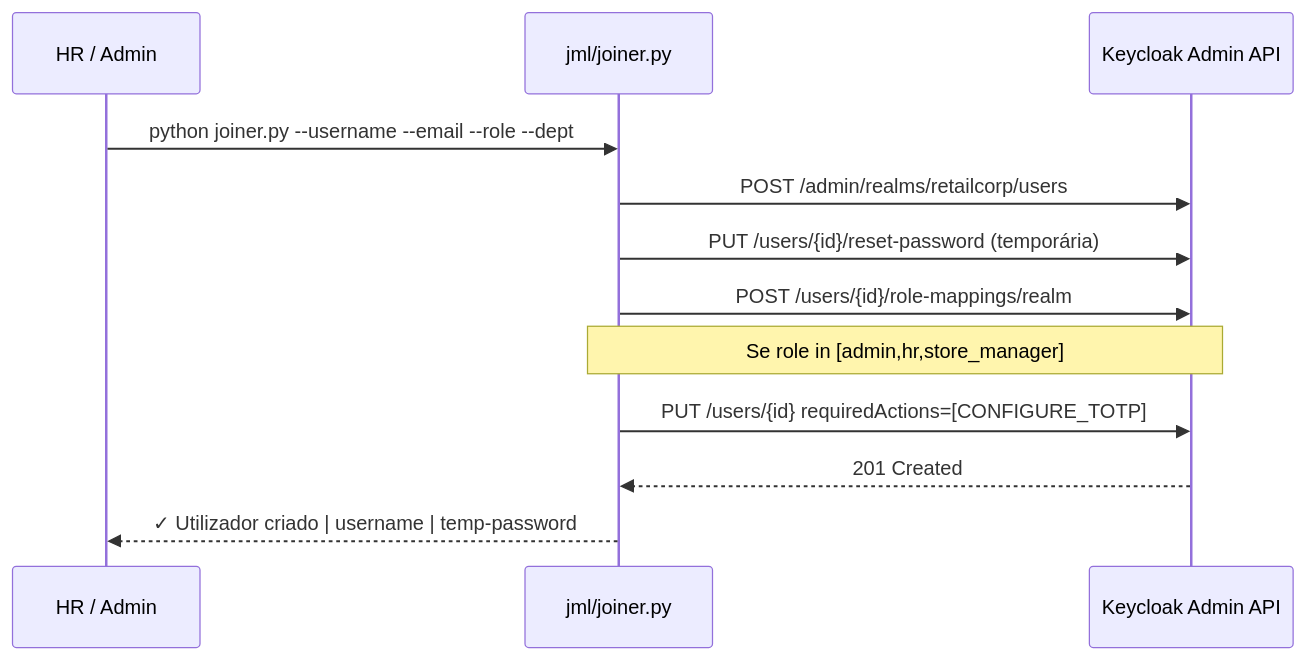
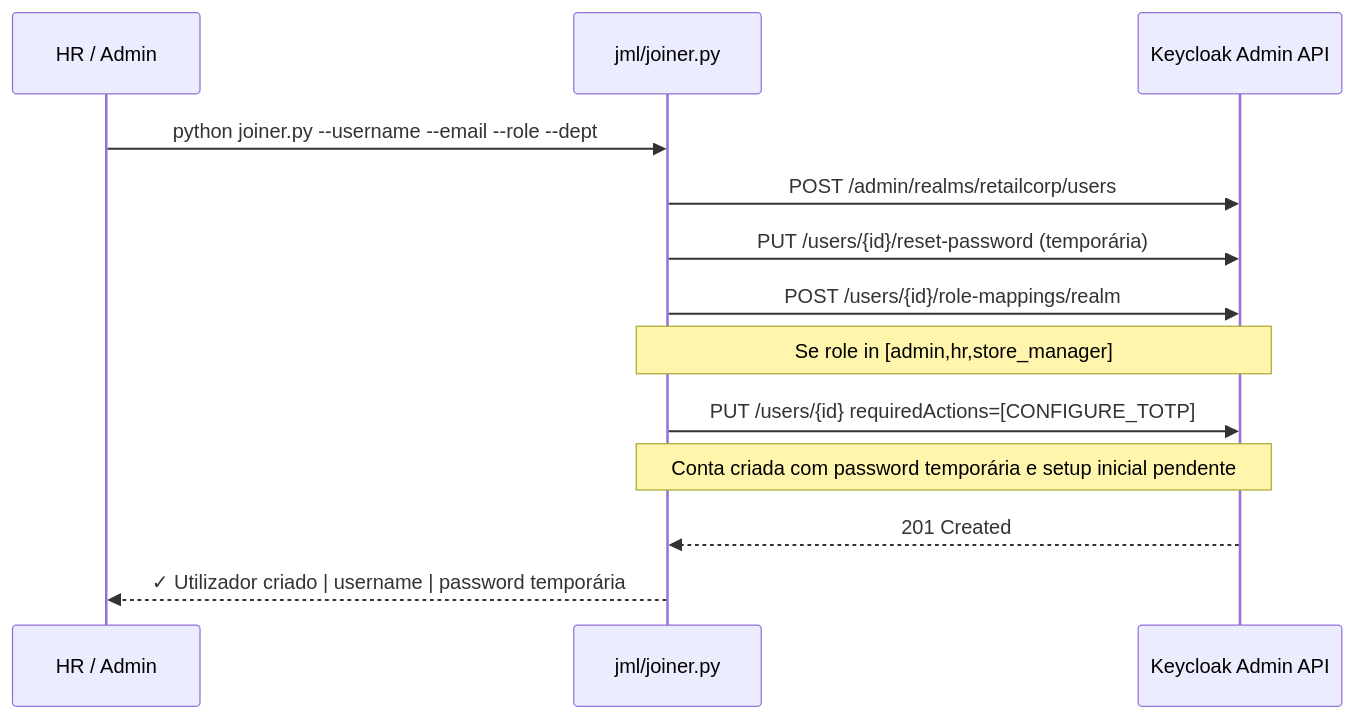
One commit to zye04/mei-gi-keycloak-iam changed the third of 6 diagrams in docs/architecture.md. Above: the diagram before and after it, drawn with Mermaid. The commit also changed other lines of this file and 8 other files, not shown here.

````diff
--- a/docs/architecture.md
+++ b/docs/architecture.md
@@ -88,15 +88,16 @@
 ```mermaid
 sequenceDiagram
     participant HR as HR / Admin
     participant S as jml/joiner.py
     participant K as Keycloak Admin API
 
     HR->>S: python joiner.py --username --email --role --dept
     S->>K: POST /admin/realms/retailcorp/users
     S->>K: PUT /users/{id}/reset-password (temporária)
     S->>K: POST /users/{id}/role-mappings/realm
     Note over S,K: Se role in [admin,hr,store_manager]
     S->>K: PUT /users/{id} requiredActions=[CONFIGURE_TOTP]
+    Note over S,K: Conta criada com password temporária e setup inicial pendente
     K-->>S: 201 Created
-    S-->>HR: ✓ Utilizador criado | username | temp-password
+    S-->>HR: ✓ Utilizador criado | username | password temporária
 ```
````
